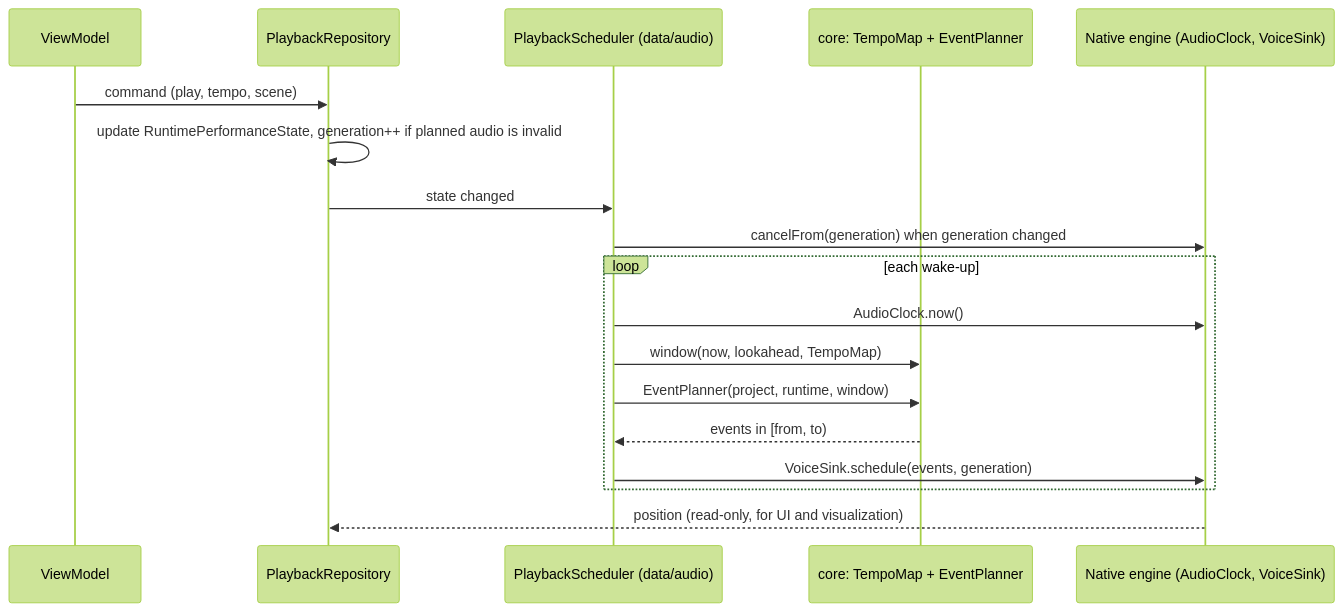
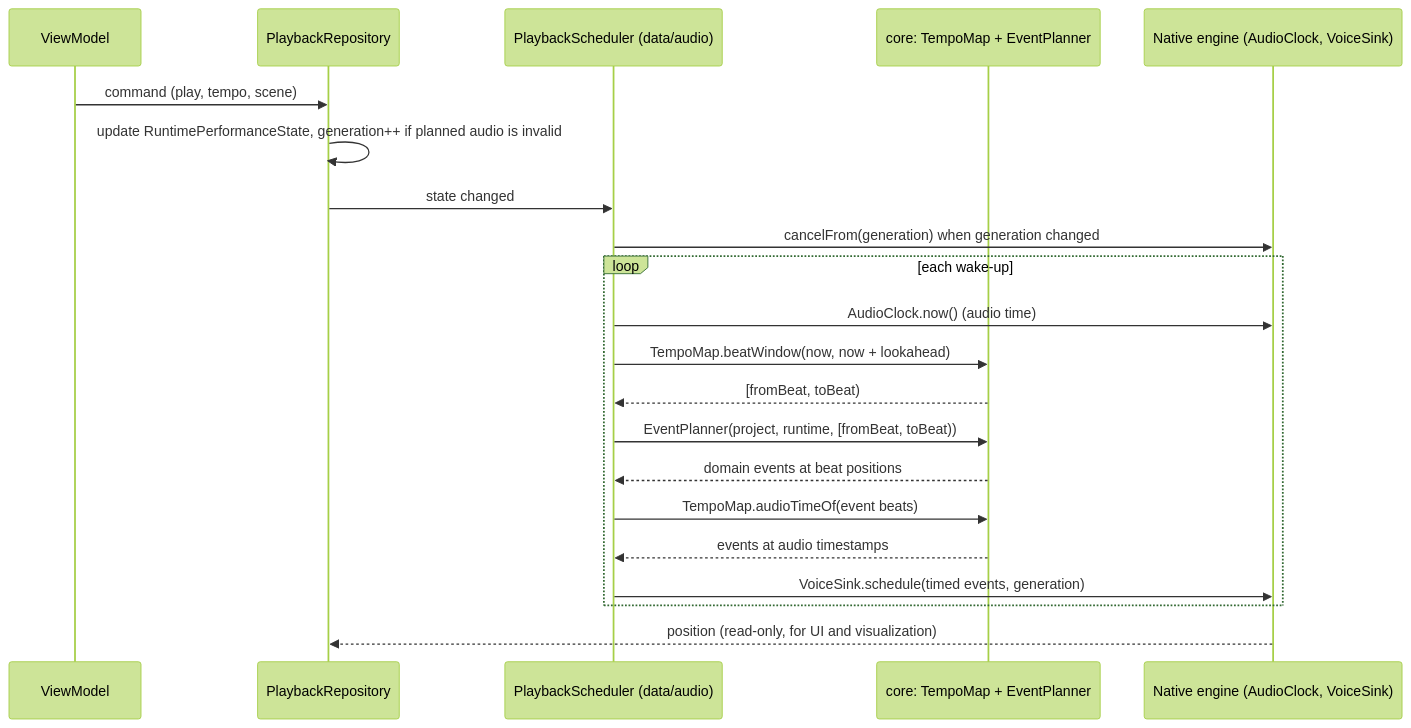
The diagram in docs/decisions/0001-architecture-style.md (KornelSzyszka/synesterra-mobile), drawn with Mermaid (forest theme) before and after one commit. The commit also changed other lines of this file, not shown here.

Commit message:
docs: make ADR 0001 planner units and service imports explicit
The planner takes an absolute beat window and returns events at beat
positions; TempoMap is the only beat <-> audio-time conversion, applied by
PlaybackScheduler before planning and before VoiceSink.schedule, which
receives audio timestamps only. The services layout note now matches R7.

````diff
--- a/docs/decisions/0001-architecture-style.md
+++ b/docs/decisions/0001-architecture-style.md
@@ -73,20 +75,23 @@
 ```mermaid
 sequenceDiagram
     participant VM as ViewModel
     participant PR as PlaybackRepository
     participant PS as PlaybackScheduler (data/audio)
     participant Core as core: TempoMap + EventPlanner
     participant N as Native engine (AudioClock, VoiceSink)
     VM->>PR: command (play, tempo, scene)
     PR->>PR: update RuntimePerformanceState, generation++ if planned audio is invalid
     PR->>PS: state changed
     PS->>N: cancelFrom(generation) when generation changed
     loop each wake-up
-        PS->>N: AudioClock.now()
-        PS->>Core: window(now, lookahead, TempoMap)
-        PS->>Core: EventPlanner(project, runtime, window)
-        Core-->>PS: events in [from, to)
-        PS->>N: VoiceSink.schedule(events, generation)
+        PS->>N: AudioClock.now() (audio time)
+        PS->>Core: TempoMap.beatWindow(now, now + lookahead)
+        Core-->>PS: [fromBeat, toBeat)
+        PS->>Core: EventPlanner(project, runtime, [fromBeat, toBeat))
+        Core-->>PS: domain events at beat positions
+        PS->>Core: TempoMap.audioTimeOf(event beats)
+        Core-->>PS: events at audio timestamps
+        PS->>N: VoiceSink.schedule(timed events, generation)
     end
     N-->>PR: position (read-only, for UI and visualization)
 ```
````
